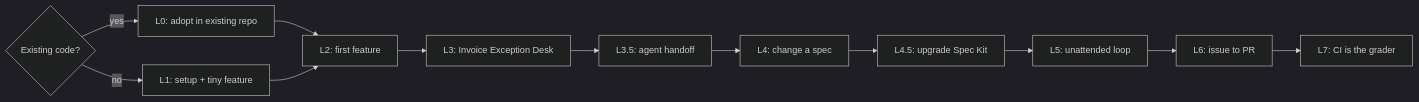
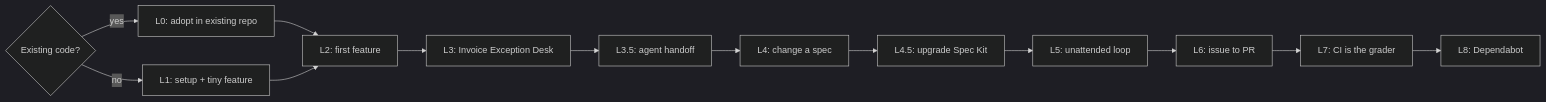
One commit to tosin2013/invoice-exception-desk changed the fourth of 4 diagrams in docs/index.md. Above: the diagram before and after it, drawn with Mermaid (dark theme). The commit also changed other lines of this file and 6 other files, not shown here.

````diff
--- a/docs/index.md
+++ b/docs/index.md
@@ -102,8 +102,8 @@
 ```mermaid
 flowchart LR
   Q{Existing code?} -->|yes| L0["L0: adopt in existing repo"]
   Q -->|no| L1["L1: setup + tiny feature"]
   L0 --> L2["L2: first feature"]
   L1 --> L2
-  L2 --> L3["L3: Invoice Exception Desk"] --> L35["L3.5: agent handoff"] --> L4["L4: change a spec"] --> L45["L4.5: upgrade Spec Kit"] --> L5["L5: unattended loop"] --> L6["L6: issue to PR"] --> L7["L7: CI is the grader"]
+  L2 --> L3["L3: Invoice Exception Desk"] --> L35["L3.5: agent handoff"] --> L4["L4: change a spec"] --> L45["L4.5: upgrade Spec Kit"] --> L5["L5: unattended loop"] --> L6["L6: issue to PR"] --> L7["L7: CI is the grader"] --> L8["L8: Dependabot"]
 ```
````
